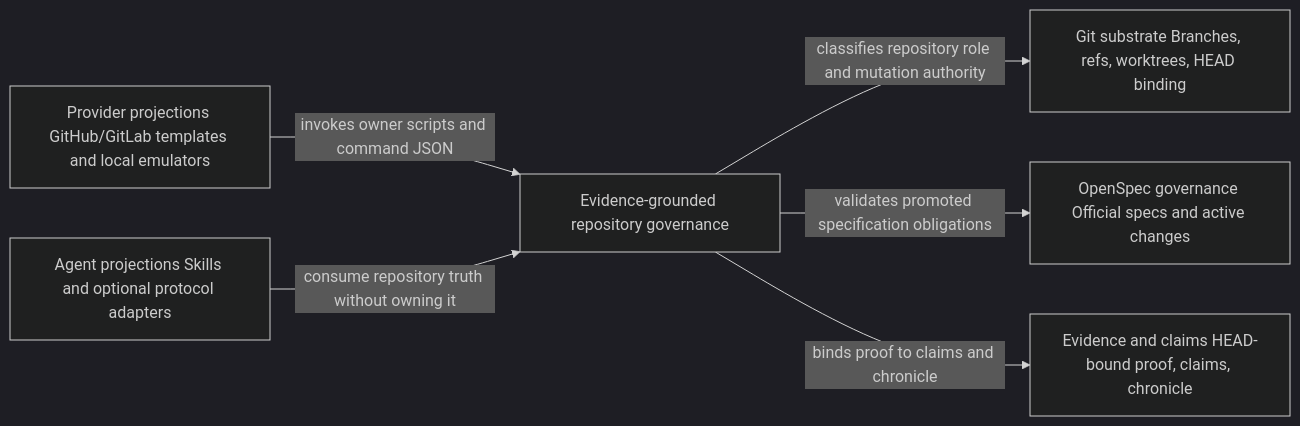
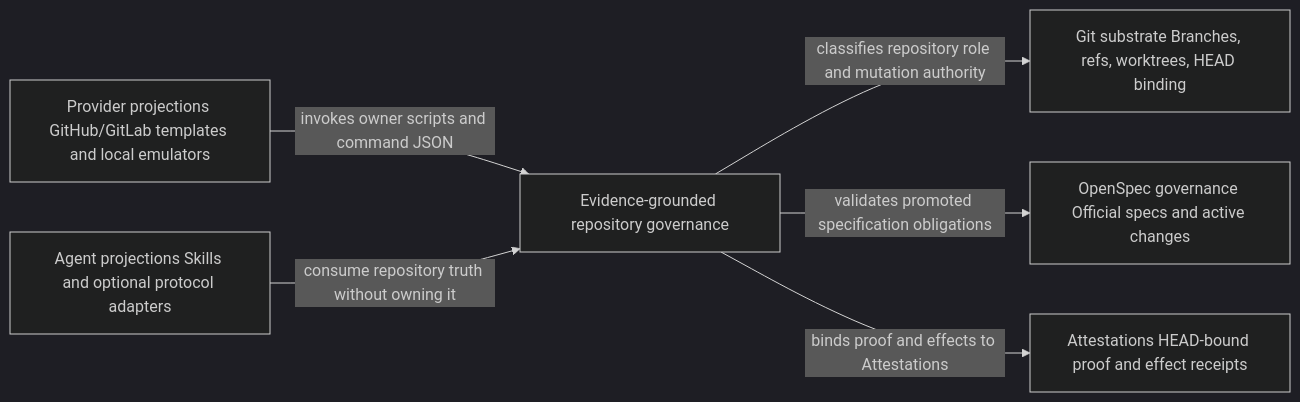
One commit to HengYangDS/ethos changed the diagram in docs/architecture/_generated/ethos-repository.mmd. Above: the diagram before and after it, drawn with Mermaid (dark theme). The commit also changed 110 other files, not shown here.

```diff
--- a/docs/architecture/_generated/ethos-repository.mmd
+++ b/docs/architecture/_generated/ethos-repository.mmd
@@ -1,13 +1,13 @@
 %% Generated from .config/checks/architecture/models/ethos_repository.c4. Do not edit by hand.
 flowchart LR
   ETHOS["Evidence-grounded repository governance"]
   Git["Git substrate Branches, refs, worktrees, HEAD binding"]
   OpenSpec["OpenSpec governance Official specs and active changes"]
-  Evidence["Evidence and claims HEAD-bound proof, claims, chronicle"]
+  Evidence["Attestations HEAD-bound proof and effect receipts"]
   CI["Provider projections GitHub/GitLab templates and local emulators"]
   Agents["Agent projections Skills and optional protocol adapters"]
   ETHOS -->|"classifies repository role and mutation authority"| Git
   ETHOS -->|"validates promoted specification obligations"| OpenSpec
-  ETHOS -->|"binds proof to claims and chronicle"| Evidence
+  ETHOS -->|"binds proof and effects to Attestations"| Evidence
   CI -->|"invokes owner scripts and command JSON"| ETHOS
   Agents -->|"consume repository truth without owning it"| ETHOS
```
